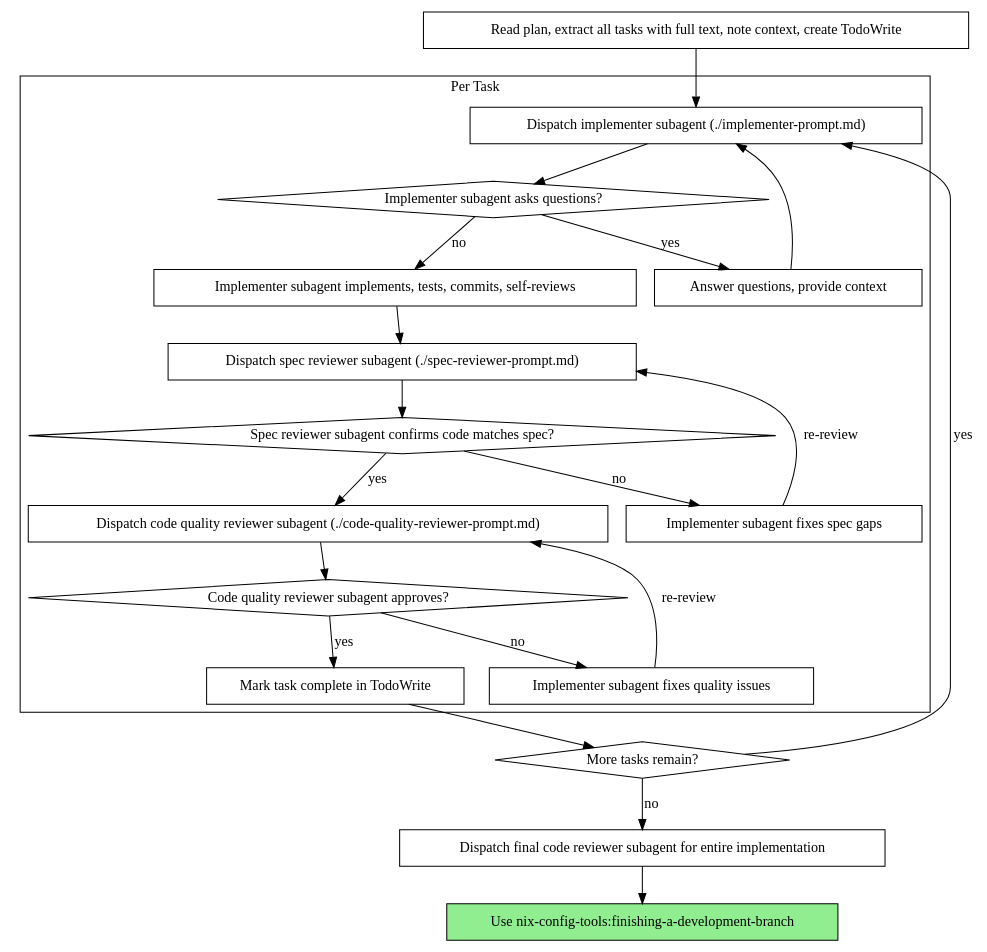
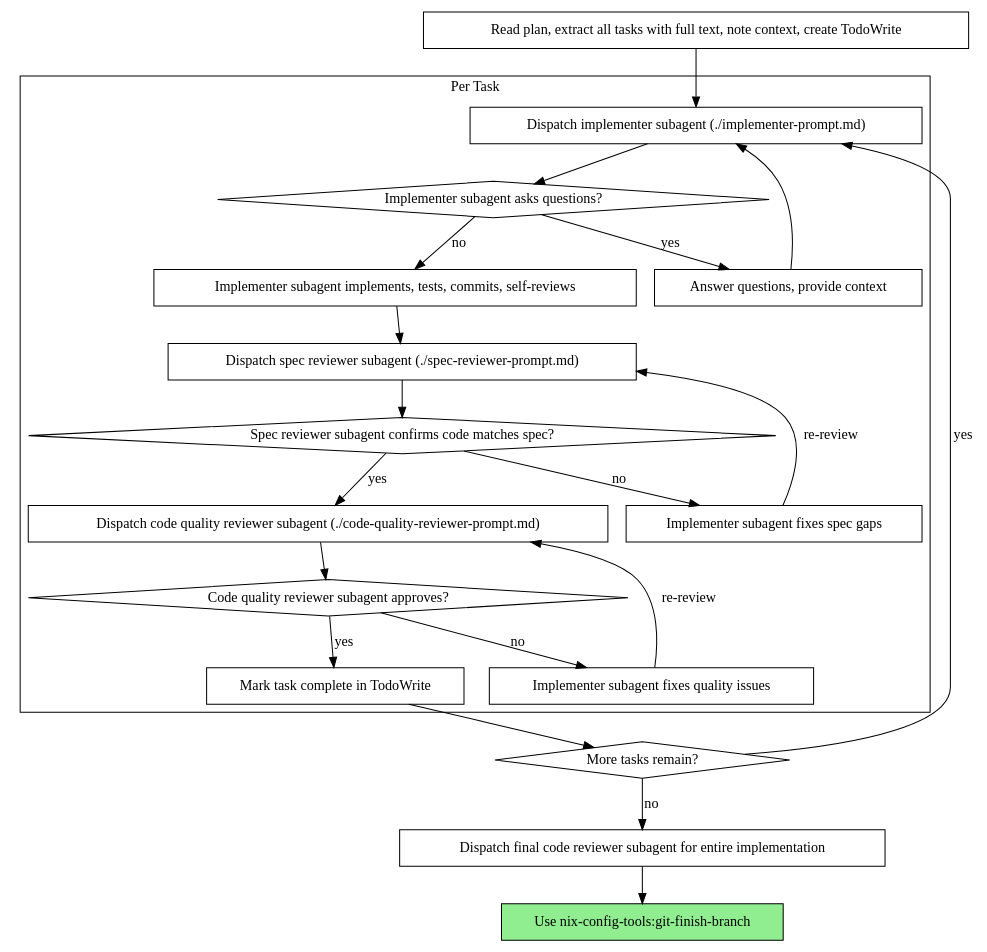
Before and after one commit to borland502/nix-config: the second of 2 diagrams in ai-tools/skills/subagent-driven-development/SKILL.md, drawn with Graphviz. The commit also changed other lines of this file and 9 other files, not shown here.

````diff
--- a/ai-tools/skills/subagent-driven-development/SKILL.md
+++ b/ai-tools/skills/subagent-driven-development/SKILL.md
@@ -44,44 +44,44 @@
 ```dot
 digraph process {
     rankdir=TB;
 
     subgraph cluster_per_task {
         label="Per Task";
         "Dispatch implementer subagent (./implementer-prompt.md)" [shape=box];
         "Implementer subagent asks questions?" [shape=diamond];
         "Answer questions, provide context" [shape=box];
         "Implementer subagent implements, tests, commits, self-reviews" [shape=box];
         "Dispatch spec reviewer subagent (./spec-reviewer-prompt.md)" [shape=box];
         "Spec reviewer subagent confirms code matches spec?" [shape=diamond];
         "Implementer subagent fixes spec gaps" [shape=box];
         "Dispatch code quality reviewer subagent (./code-quality-reviewer-prompt.md)" [shape=box];
         "Code quality reviewer subagent approves?" [shape=diamond];
         "Implementer subagent fixes quality issues" [shape=box];
         "Mark task complete in TodoWrite" [shape=box];
     }
 
     "Read plan, extract all tasks with full text, note context, create TodoWrite" [shape=box];
     "More tasks remain?" [shape=diamond];
     "Dispatch final code reviewer subagent for entire implementation" [shape=box];
-    "Use nix-config-tools:finishing-a-development-branch" [shape=box style=filled fillcolor=lightgreen];
+    "Use nix-config-tools:git-finish-branch" [shape=box style=filled fillcolor=lightgreen];
 
     "Read plan, extract all tasks with full text, note context, create TodoWrite" -> "Dispatch implementer subagent (./implementer-prompt.md)";
     "Dispatch implementer subagent (./implementer-prompt.md)" -> "Implementer subagent asks questions?";
     "Implementer subagent asks questions?" -> "Answer questions, provide context" [label="yes"];
     "Answer questions, provide context" -> "Dispatch implementer subagent (./implementer-prompt.md)";
     "Implementer subagent asks questions?" -> "Implementer subagent implements, tests, commits, self-reviews" [label="no"];
     "Implementer subagent implements, tests, commits, self-reviews" -> "Dispatch spec reviewer subagent (./spec-reviewer-prompt.md)";
     "Dispatch spec reviewer subagent (./spec-reviewer-prompt.md)" -> "Spec reviewer subagent confirms code matches spec?";
     "Spec reviewer subagent confirms code matches spec?" -> "Implementer subagent fixes spec gaps" [label="no"];
     "Implementer subagent fixes spec gaps" -> "Dispatch spec reviewer subagent (./spec-reviewer-prompt.md)" [label="re-review"];
     "Spec reviewer subagent confirms code matches spec?" -> "Dispatch code quality reviewer subagent (./code-quality-reviewer-prompt.md)" [label="yes"];
     "Dispatch code quality reviewer subagent (./code-quality-reviewer-prompt.md)" -> "Code quality reviewer subagent approves?";
     "Code quality reviewer subagent approves?" -> "Implementer subagent fixes quality issues" [label="no"];
     "Implementer subagent fixes quality issues" -> "Dispatch code quality reviewer subagent (./code-quality-reviewer-prompt.md)" [label="re-review"];
     "Code quality reviewer subagent approves?" -> "Mark task complete in TodoWrite" [label="yes"];
     "Mark task complete in TodoWrite" -> "More tasks remain?";
     "More tasks remain?" -> "Dispatch implementer subagent (./implementer-prompt.md)" [label="yes"];
     "More tasks remain?" -> "Dispatch final code reviewer subagent for entire implementation" [label="no"];
-    "Dispatch final code reviewer subagent for entire implementation" -> "Use nix-config-tools:finishing-a-development-branch";
+    "Dispatch final code reviewer subagent for entire implementation" -> "Use nix-config-tools:git-finish-branch";
 }
 ```
````
